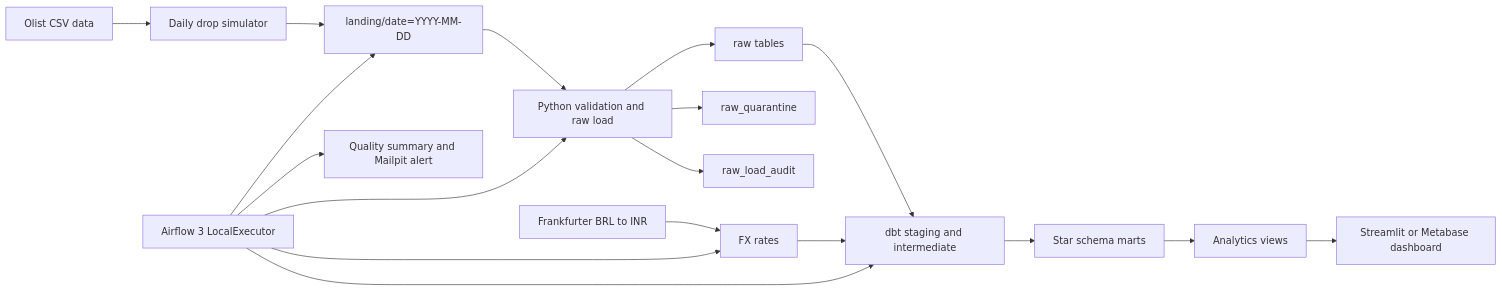
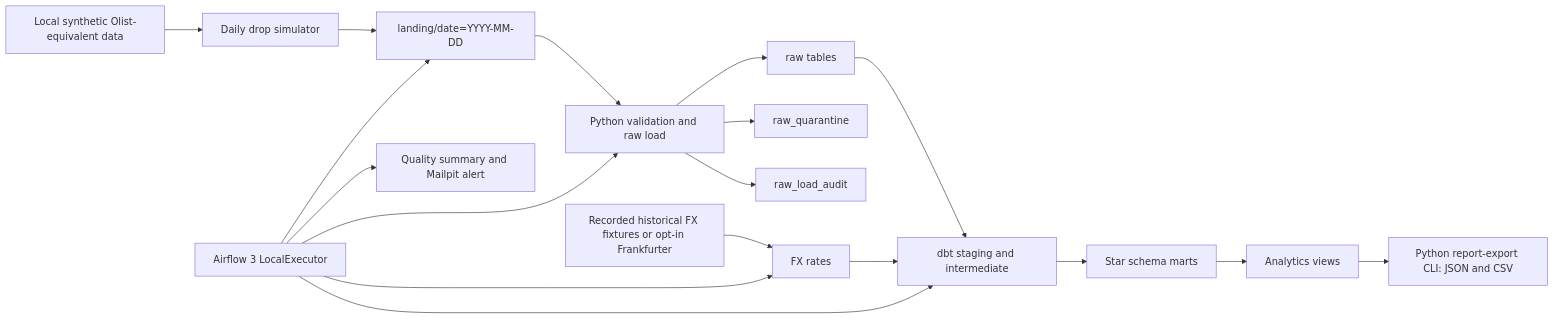
The diagram in README.md (sukurcf/spec-shopsight-sales-pipeline), drawn with Mermaid before and after one commit. The commit also changed other lines of this file and 14 other files, not shown here.

````diff
--- a/README.md
+++ b/README.md
@@ -32,20 +32,20 @@
 ```mermaid
 flowchart LR
-    A["Olist CSV data"] --> B["Daily drop simulator"]
+    A["Local synthetic Olist-equivalent data"] --> B["Daily drop simulator"]
     B --> C["landing/date=YYYY-MM-DD"]
     C --> D["Python validation and raw load"]
     D --> E["raw tables"]
     D --> F["raw_quarantine"]
     D --> G["raw_load_audit"]
-    H["Frankfurter BRL to INR"] --> I["FX rates"]
+    H["Recorded historical FX fixtures or opt-in Frankfurter"] --> I["FX rates"]
     E --> J["dbt staging and intermediate"]
     I --> J
     J --> K["Star schema marts"]
     K --> L["Analytics views"]
-    L --> M["Streamlit or Metabase dashboard"]
+    L --> M["Python report-export CLI: JSON and CSV"]
     N["Airflow 3 LocalExecutor"] --> C
     N --> D
     N --> I
     N --> J
     N --> O["Quality summary and Mailpit alert"]
 ```
````
